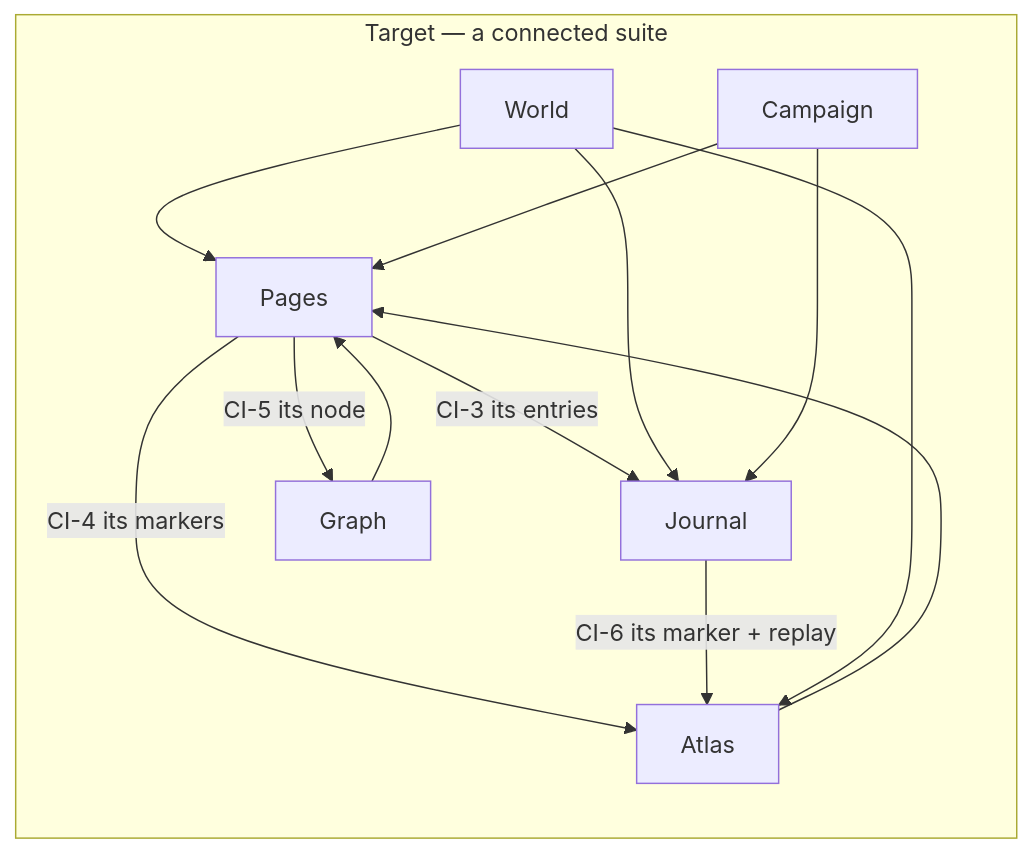
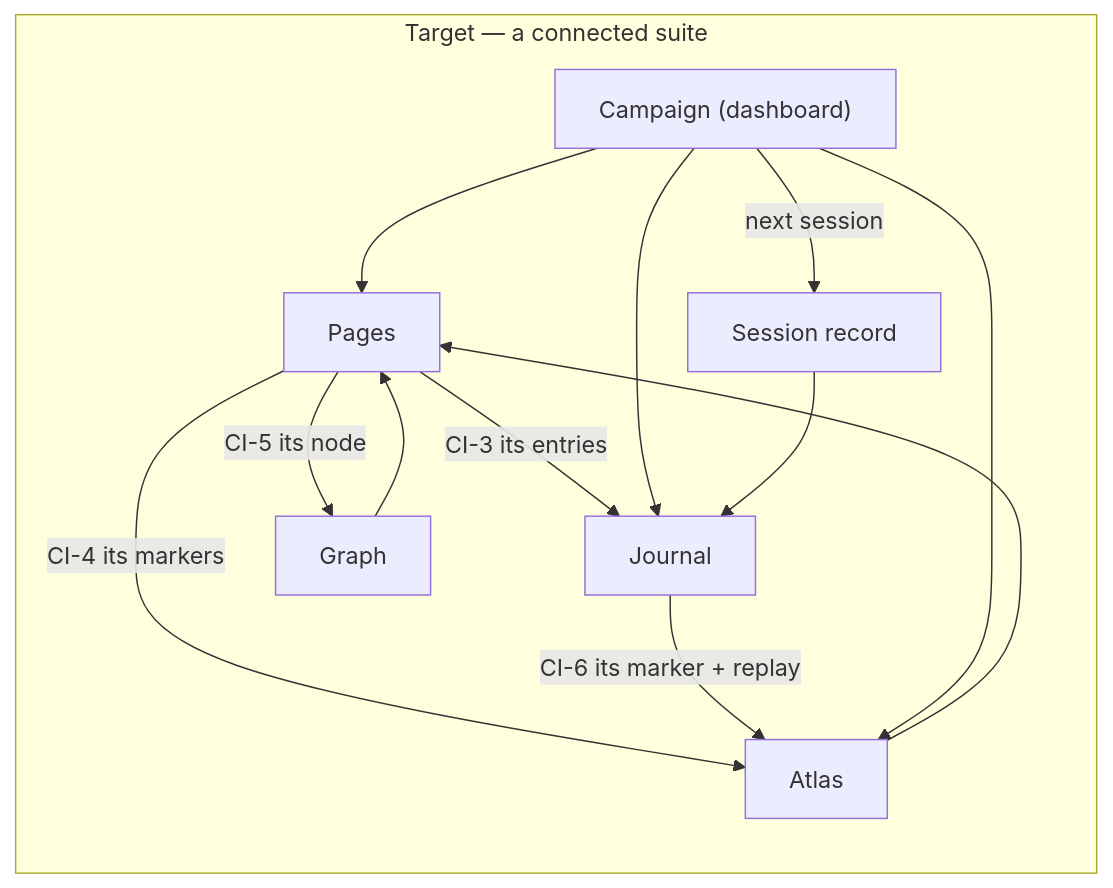
One commit to marcsfsh/OzyVTT changed the second of 2 diagrams in docs/product/codex-suite-design.md. Above: the diagram before and after it, drawn with Mermaid. The commit also changed other lines of this file and 4 other files, not shown here.

First line of the commit message:
Codex suite overhaul — campaign tracking architecture and M8-M12 handoff

````diff
--- a/docs/product/codex-suite-design.md
+++ b/docs/product/codex-suite-design.md
@@ -101,16 +124,16 @@
 ```mermaid
 graph LR
   subgraph TARGET["Target — a connected suite"]
     P[Pages] -->|CI-4 its markers| A[Atlas]
     P -->|CI-3 its entries| J[Journal]
     P -->|CI-5 its node| G[Graph]
     A --> P
     J -->|CI-6 its marker + replay| A
     G --> P
-    W[World] --> P
-    W --> A
-    W --> J
-    C[Campaign] --> J
-    C --> P
+    C["Campaign (dashboard)"] --> P
+    C --> A
+    C --> J
+    C -->|next session| S[Session record]
+    S --> J
   end
 ```
````
